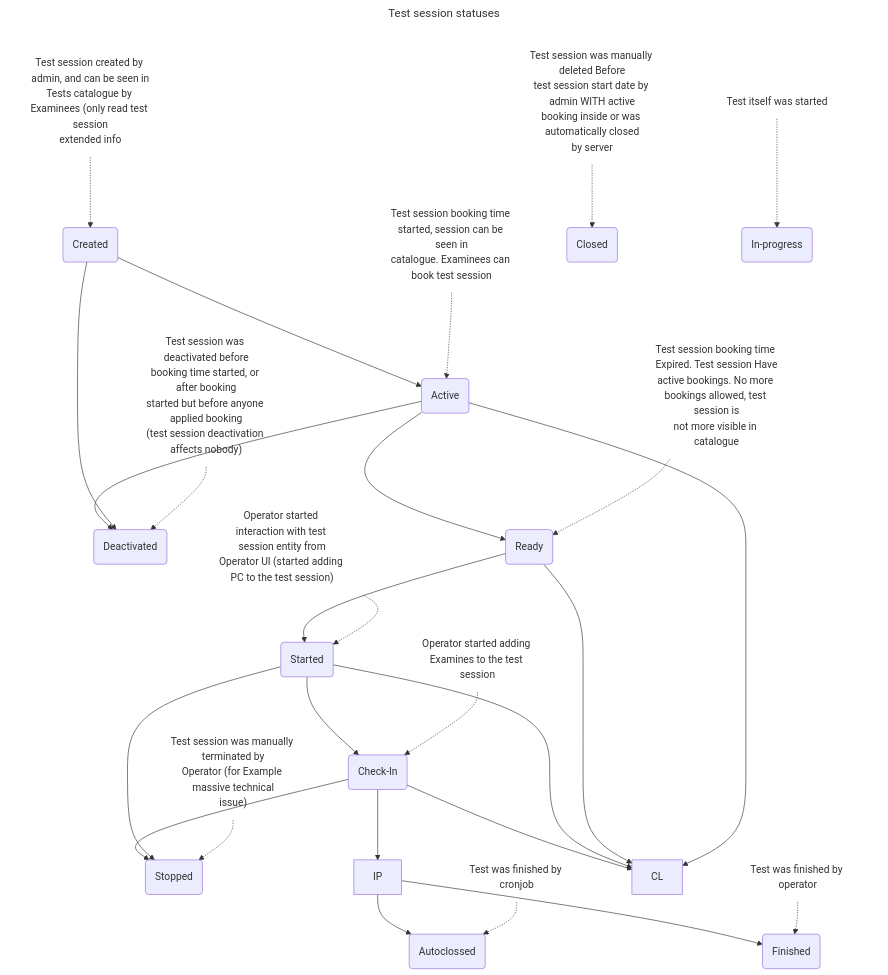
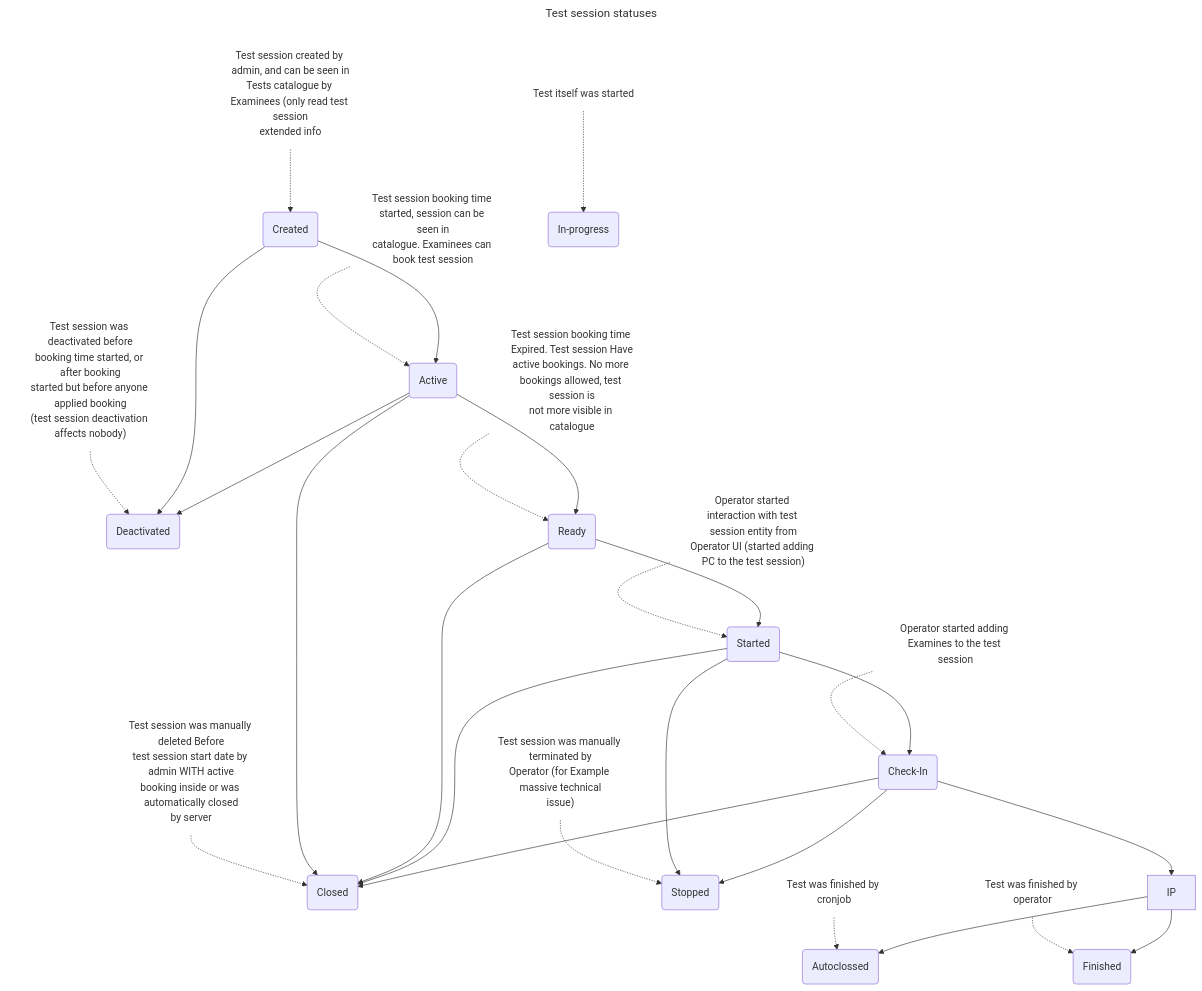
The second of 3 diagrams in README.md (PavelBui/AtlasVault), drawn with Mermaid before and after one commit.

Commit message:
Updated Mermaid

````diff
--- a/README.md
+++ b/README.md
@@ -65,33 +65,33 @@
 ```mermaid
 ---
 title: Test session statuses
 ---
 graph TD
   TC["Test session created by admin, and can be seen in<br>Tests catalogue by Examinees (only read test session<br>extended info"]:::noBorder-.->C(Created)
   TD["Test session was deactivated before<br>booking time started, or after booking<br>started but before anyone applied booking<br>(test session deactivation affects nobody)"]:::noBorder-.->D(Deactivated)
   TA["Test session booking time started, session can be seen in<br>catalogue. Examinees can book test session"]:::noBorder-.->A(Active)
-  TCL["Test session was manually deleted Before<br>test session start date by admin WITH active<br>booking inside or was automatically closed<br>by server"]:::noBorder-.->Cl(Closed)
+  TCL["Test session was manually deleted Before<br>test session start date by admin WITH active<br>booking inside or was automatically closed<br>by server"]:::noBorder-.->CL(Closed)
   TR["Test session booking time Expired. Test session Have<br>active bookings. No more bookings allowed, test session is<br>not more visible in catalogue"]:::noBorder-.->R(Ready)
   TS["Operator started interaction with test session entity from<br>Operator UI (started adding PC to the test session)"]:::noBorder-.->S(Started)
   TCI["Operator started adding Examines to the test session"]:::noBorder-.->CI(Check-In)
   TST["Test session was manually terminated by<br>Operator (for Example massive technical<br>issue)"]:::noBorder-.->ST(Stopped)
   TIP["Test itself was started"]:::noBorder-.->IT(In-progress)
   TAC["Test was finished by cronjob"]:::noBorder-.->AC(Autoclossed)
   TF["Test was finished by operator"]:::noBorder-.->F(Finished)
   C-->D;
   C-->A;
   A-->D;
   A-->CL;
   A-->R;
   R-->CL;
   R-->S;
   S-->CL;
   S-->CI;
   CI-->CL;
   S-->ST;
   CI-->ST;
   CI-->IP;
   IP-->AC;
   IP-->F;
   classDef noBorder stroke-width:0,fill:transparent;
 ```
````
